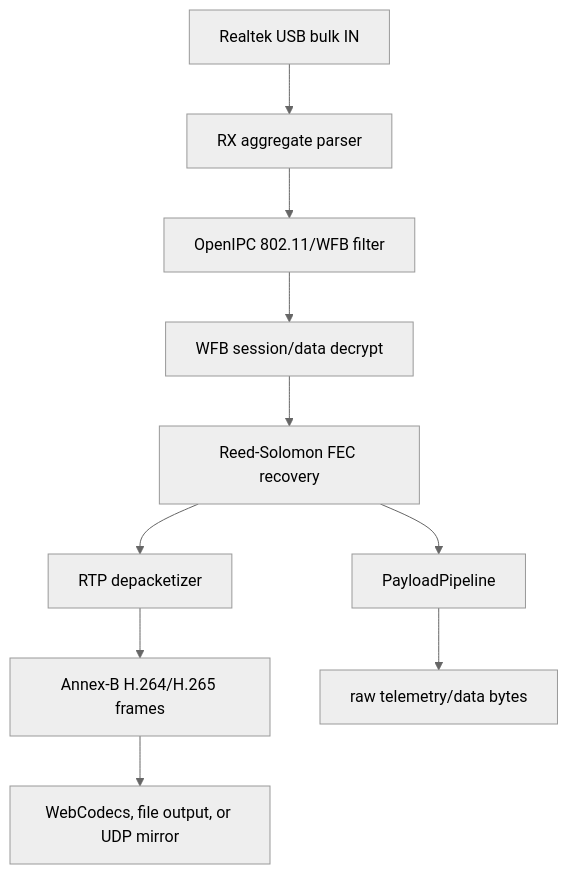
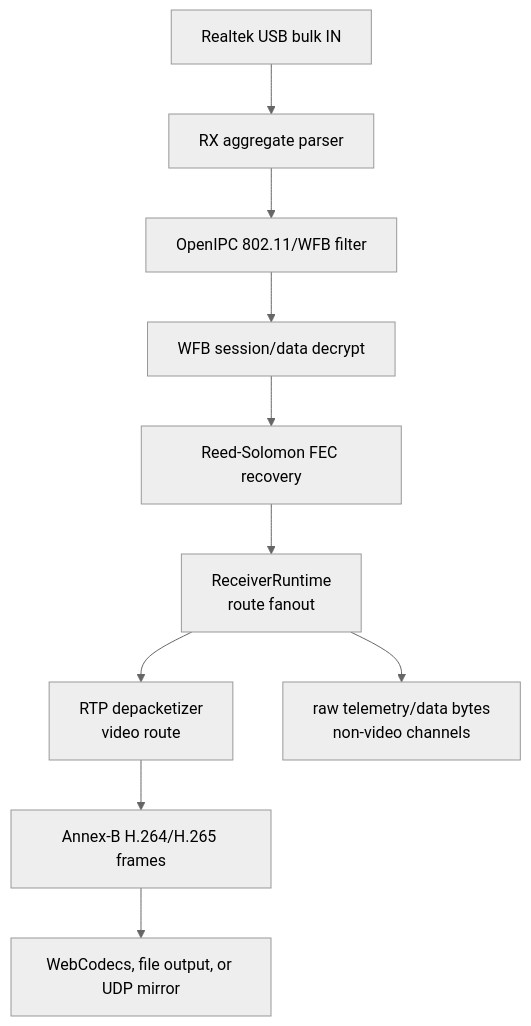
The second of 3 diagrams in docs/docs/architecture.md (neelsani/openipc-rs), drawn with Mermaid (neutral theme) before and after one commit. The commit also changed other lines of this file and 83 other files, not shown here.

First line of the commit message:
Add routed payload pipeline and mixed RTP audio

````diff
--- a/docs/docs/architecture.md
+++ b/docs/docs/architecture.md
@@ -78,12 +80,12 @@
 ```mermaid
 flowchart TD
     A["Realtek USB bulk IN"] --> B["RX aggregate parser"]
     B --> C["OpenIPC 802.11/WFB filter"]
     C --> D["WFB session/data decrypt"]
     D --> E["Reed-Solomon FEC recovery"]
-    E --> F["RTP depacketizer"]
+    E --> P["ReceiverRuntime<br/>route fanout"]
+    P --> F["RTP depacketizer<br/>video route"]
     F --> G["Annex-B H.264/H.265 frames"]
     G --> H["WebCodecs, file output, or UDP mirror"]
-    E --> I["PayloadPipeline"]
-    I --> J["raw telemetry/data bytes"]
+    P --> J["raw telemetry/data bytes<br/>non-video channels"]
 ```
````
